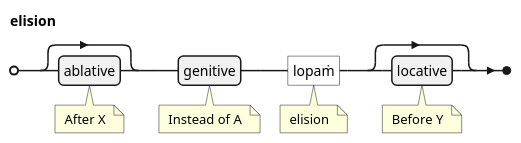
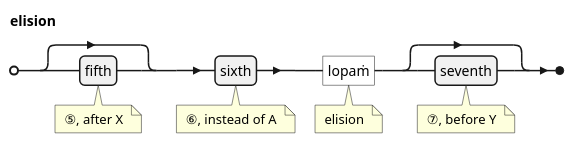
One commit to ChristineTham/buddhavacana changed the ninth of 11 diagrams in src/content/docs/Pali Textbook/m-kaccayana.md. Above: the diagram before and after it, drawn with PlantUML. The commit also changed other lines of this file and 52 other files, not shown here.

````diff
--- a/src/content/docs/Pali Textbook/m-kaccayana.md
+++ b/src/content/docs/Pali Textbook/m-kaccayana.md
@@ -236,9 +236,9 @@
 ```plantuml
 @startebnf
 elision =
-  [ablative (* After X *)],
-  genitive (* Instead of A *),
+  [fifth (* ⑤, after X *)],
+  sixth (* ⑥, instead of A *),
   "lopaṁ" (* elision *),
-  [locative (* Before Y *)];
+  [seventh (* ⑦, before Y *)];
 @endebnf
 ```
````
